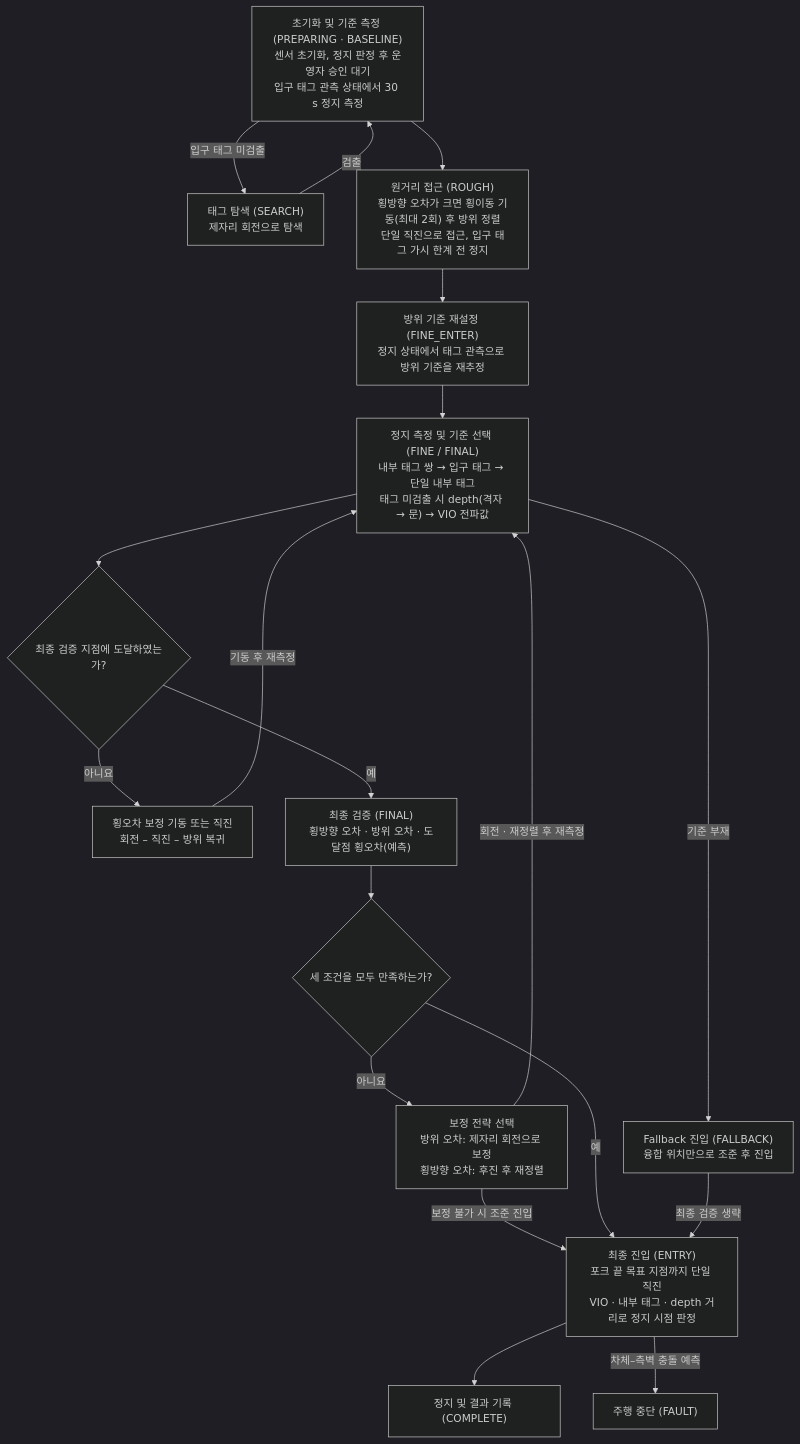
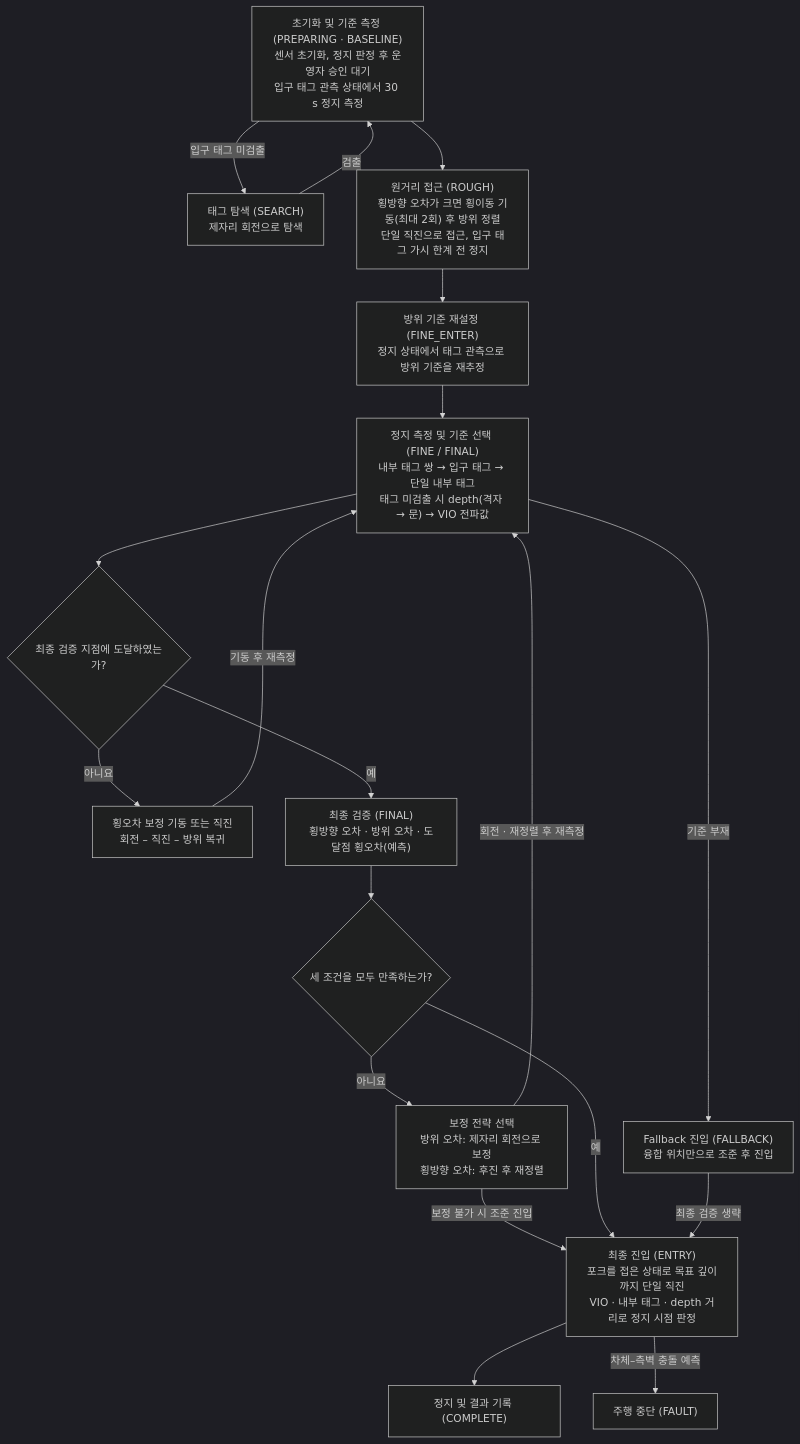
The diagram in docs/fig/fig1-overall-flow.mmd (SeoJe0ngmin/KRRI), drawn with Mermaid (dark theme) before and after one commit. The commit also changed 8 other files, not shown here.

```diff
--- a/docs/fig/fig1-overall-flow.mmd
+++ b/docs/fig/fig1-overall-flow.mmd
@@ -1,20 +1,20 @@
 flowchart TD
     A["초기화 및 기준 측정 (PREPARING · BASELINE)<br/>센서 초기화, 정지 판정 후 운영자 승인 대기<br/>입구 태그 관측 상태에서 30 s 정지 측정"]
     A -->|입구 태그 미검출| D["태그 탐색 (SEARCH)<br/>제자리 회전으로 탐색"]
     D -->|검출| A
     A --> F["원거리 접근 (ROUGH)<br/>횡방향 오차가 크면 횡이동 기동(최대 2회) 후 방위 정렬<br/>단일 직진으로 접근, 입구 태그 가시 한계 전 정지"]
     F --> G["방위 기준 재설정 (FINE_ENTER)<br/>정지 상태에서 태그 관측으로 방위 기준을 재추정"]
     G --> H["정지 측정 및 기준 선택 (FINE / FINAL)<br/>내부 태그 쌍 → 입구 태그 → 단일 내부 태그<br/>태그 미검출 시 depth(격자 → 문) → VIO 전파값"]
     H -->|기준 부재| Q["Fallback 진입 (FALLBACK)<br/>융합 위치만으로 조준 후 진입"]
     H --> K{"최종 검증 지점에 도달하였는가?"}
     K -->|아니요| J["횡오차 보정 기동 또는 직진<br/>회전 – 직진 – 방위 복귀"]
     J -->|기동 후 재측정| H
     K -->|예| N["최종 검증 (FINAL)<br/>횡방향 오차 · 방위 오차 · 도달점 횡오차(예측)"]
     N --> P{"세 조건을 모두 만족하는가?"}
     P -->|아니요| O["보정 전략 선택<br/>방위 오차: 제자리 회전으로 보정<br/>횡방향 오차: 후진 후 재정렬"]
     O -->|회전 · 재정렬 후 재측정| H
     O -->|보정 불가 시 조준 진입| Y
-    P -->|예| Y["최종 진입 (ENTRY)<br/>포크 끝 목표 지점까지 단일 직진<br/>VIO · 내부 태그 · depth 거리로 정지 시점 판정"]
+    P -->|예| Y["최종 진입 (ENTRY)<br/>포크를 접은 상태로 목표 깊이까지 단일 직진<br/>VIO · 내부 태그 · depth 거리로 정지 시점 판정"]
     Q -->|최종 검증 생략| Y
     Y --> Z["정지 및 결과 기록 (COMPLETE)"]
     Y -->|차체–측벽 충돌 예측| S["주행 중단 (FAULT)"]
```
